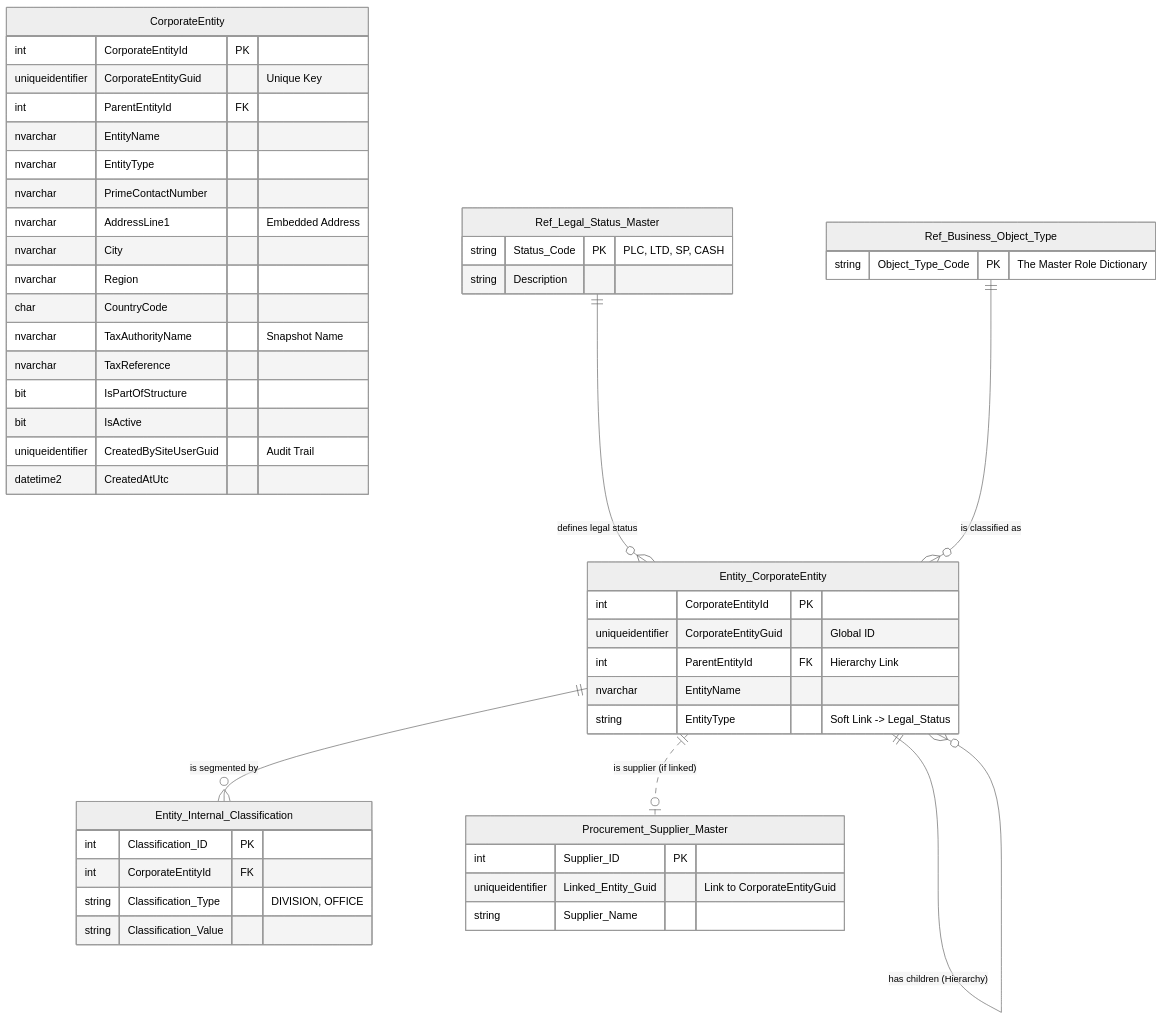
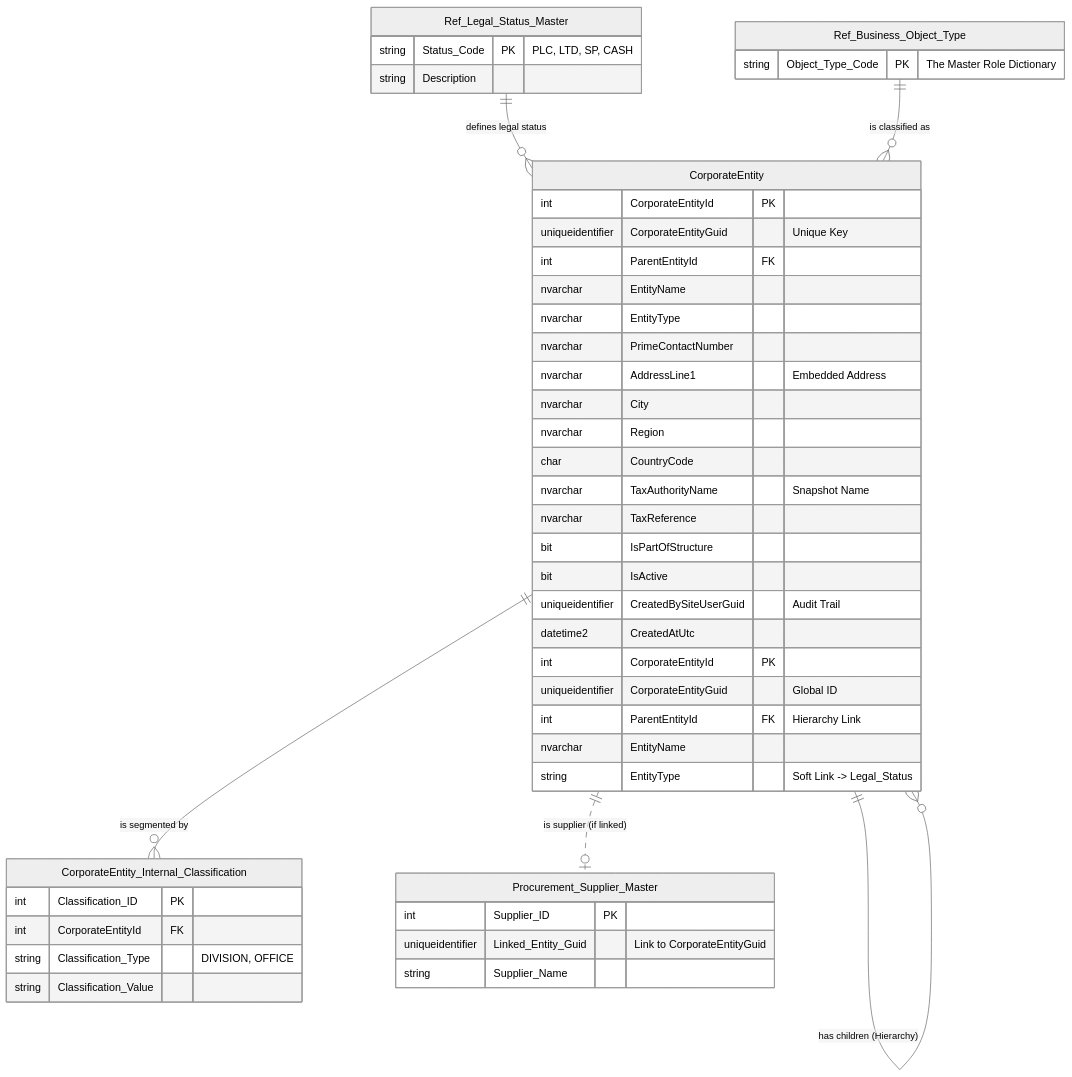
Before and after one commit to NeilWP/SUSTINA_CAB: the diagram in 003 DETAILED SPECIFICATIONS IS09001/Z- Data Entites/Z-01 CorporateEntity.md, drawn with Mermaid (neutral theme).

Commit message:
Update Z-01 CorporateEntity.md

````diff
--- a/003 DETAILED SPECIFICATIONS IS09001/Z- Data Entites/Z-01 CorporateEntity.md
+++ b/003 DETAILED SPECIFICATIONS IS09001/Z- Data Entites/Z-01 CorporateEntity.md
@@ -12,82 +12,82 @@
 ```mermaid
 erDiagram
     %% =======================================================
     %% THE CORE BUSINESS OBJECT
     %% =======================================================
     CorporateEntity {
         int CorporateEntityId PK
         uniqueidentifier CorporateEntityGuid "Unique Key"
         int ParentEntityId FK
         nvarchar EntityName
         nvarchar EntityType
         nvarchar PrimeContactNumber
         nvarchar AddressLine1 "Embedded Address"
         nvarchar City
         nvarchar Region
         char CountryCode
         nvarchar TaxAuthorityName "Snapshot Name"
         nvarchar TaxReference
         bit IsPartOfStructure
         bit IsActive
         uniqueidentifier CreatedBySiteUserGuid "Audit Trail"
         datetime2 CreatedAtUtc
     }
 
     %% RELATIONSHIP: Recursive Hierarchy (Parent/Child)
     %% The 'o{' end indicates that a single Parent (||) can have zero or more (o{) Children.
-    Entity_CorporateEntity ||--o{ Entity_CorporateEntity : "has children (Hierarchy)"
+    CorporateEntity ||--o{ CorporateEntity : "has children (Hierarchy)"
 
 
 
     %% =======================================================
     %% 1. THE CORE OBJECT (The Single Source)
     %% =======================================================
-    Entity_CorporateEntity {
+    CorporateEntity {
         int CorporateEntityId PK
         uniqueidentifier CorporateEntityGuid "Global ID"
         int ParentEntityId FK "Hierarchy Link"
         nvarchar EntityName
         string EntityType "Soft Link -> Legal_Status"
     }
 
     %% =======================================================
     %% 2. NEW CLASSIFICATION STRUCTURES
     %% =======================================================
     Ref_Legal_Status_Master {
         string Status_Code PK "PLC, LTD, SP, CASH"
         string Description
     }
 
-    Entity_Internal_Classification {
+    CorporateEntity_Internal_Classification {
         int Classification_ID PK
         int CorporateEntityId FK
         string Classification_Type "DIVISION, OFFICE"
         string Classification_Value
     }
 
     Ref_Business_Object_Type {
         string Object_Type_Code PK "The Master Role Dictionary"
     }
     
     Procurement_Supplier_Master {
         int Supplier_ID PK
         uniqueidentifier Linked_Entity_Guid "Link to CorporateEntityGuid"
         string Supplier_Name
     }
 
     %% =======================================================
     %% RELATIONSHIPS (LOGICAL SOFT LINKS)
     %% =======================================================
 
     %% A. Internal Hierarchy & Segmentation
-    Entity_CorporateEntity ||--o{ Entity_CorporateEntity : "has children (Hierarchy)"
-    Entity_CorporateEntity ||--o{ Entity_Internal_Classification : "is segmented by"
+    CorporateEntity ||--o{ CorporateEntity : "has children (Hierarchy)"
+    CorporateEntity ||--o{ CorporateEntity_Internal_Classification : "is segmented by"
 
     %% B. External Identity & Legal Status
-    Ref_Legal_Status_Master ||--o{ Entity_CorporateEntity : "defines legal status"
-    Ref_Business_Object_Type ||--o{ Entity_CorporateEntity : "is classified as"
+    Ref_Legal_Status_Master ||--o{ CorporateEntity : "defines legal status"
+    Ref_Business_Object_Type ||--o{ CorporateEntity : "is classified as"
 
     %% C. Role Overlap (Supplier/Client)
     %% An entity becomes a supplier when linked in this table
-    Entity_CorporateEntity ||..o| Procurement_Supplier_Master : "is supplier (if linked)"
+    CorporateEntity ||..o| Procurement_Supplier_Master : "is supplier (if linked)"
 ```
````
